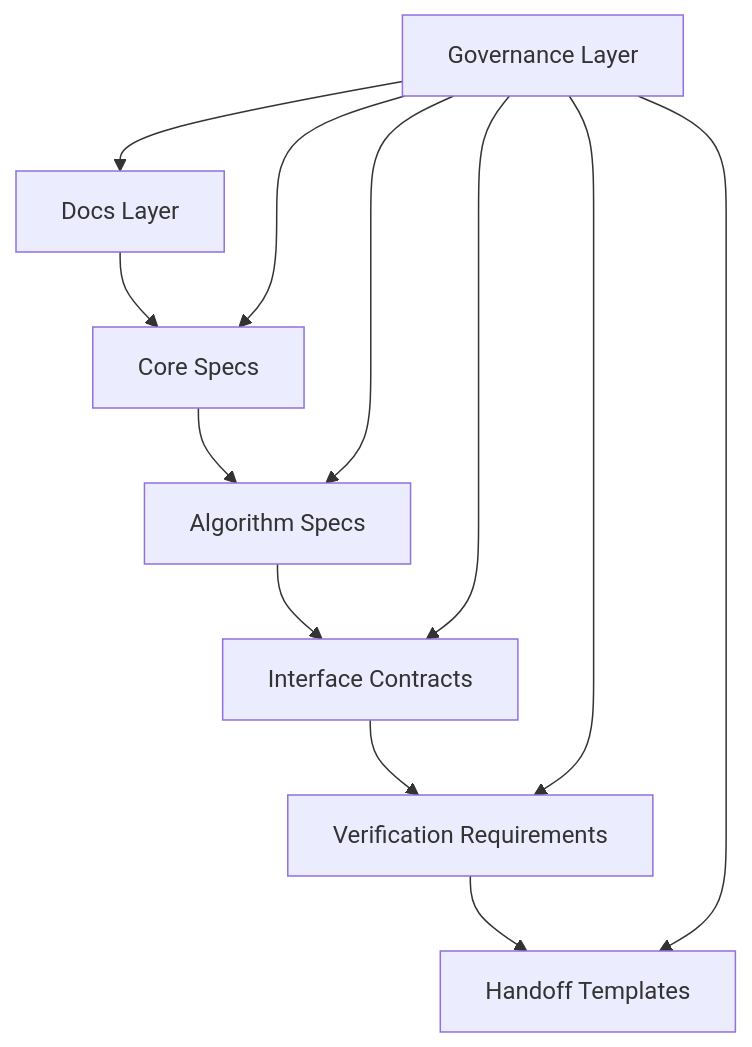
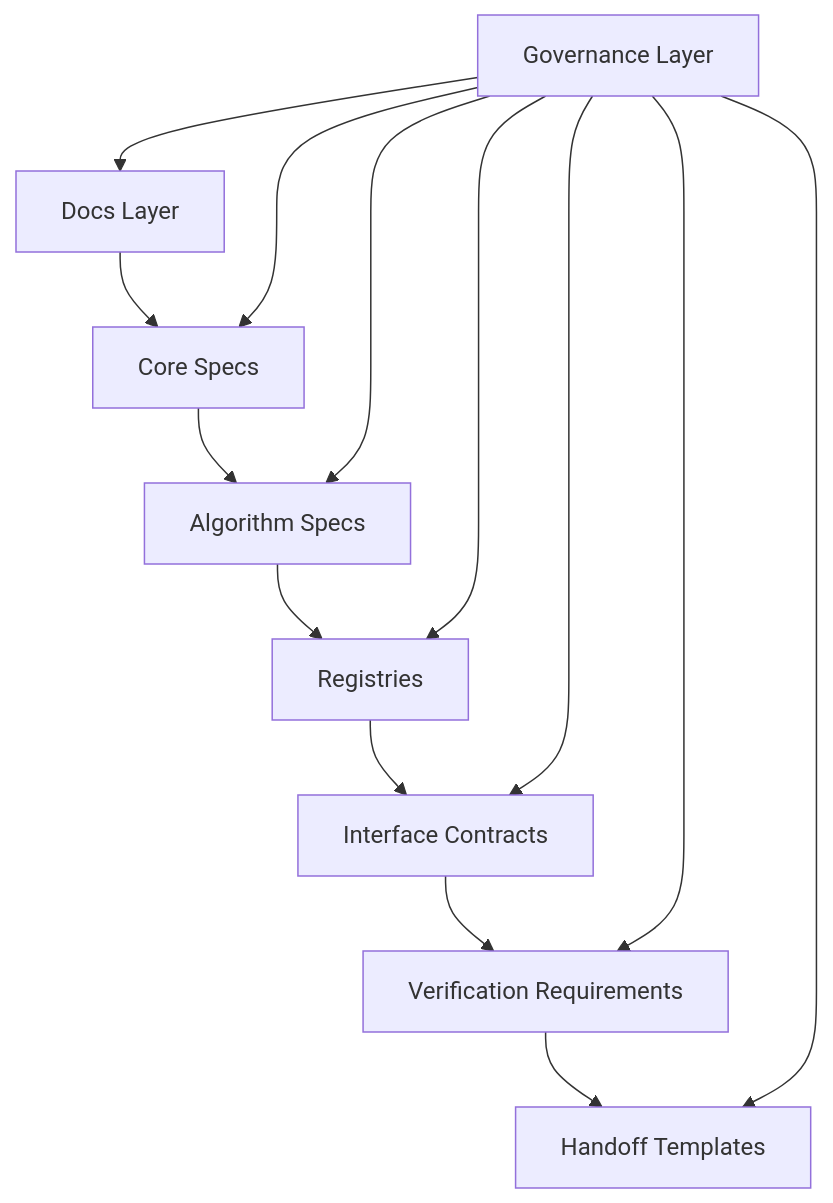
Before and after one commit to flynn33/ASH-Pattern-System: the diagram in wiki/Specification-Layers.md, drawn with Mermaid. The commit also changed other lines of this file and 144 other files, not shown here.

````diff
--- a/wiki/Specification-Layers.md
+++ b/wiki/Specification-Layers.md
@@ -7,14 +7,16 @@
 ```mermaid
 flowchart TD
     A[Docs Layer] --> B[Core Specs]
     B --> C[Algorithm Specs]
-    C --> D[Interface Contracts]
+    C --> R[Registries]
+    R --> D[Interface Contracts]
     D --> E[Verification Requirements]
     E --> F[Handoff Templates]
     G[Governance Layer] --> A
     G --> B
     G --> C
+    G --> R
     G --> D
     G --> E
     G --> F
 ```
````
